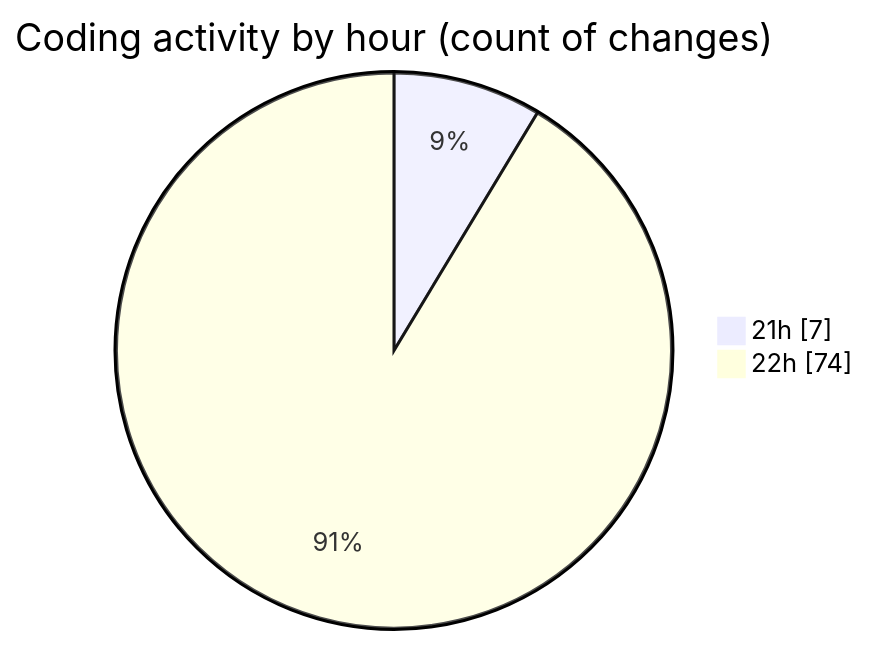
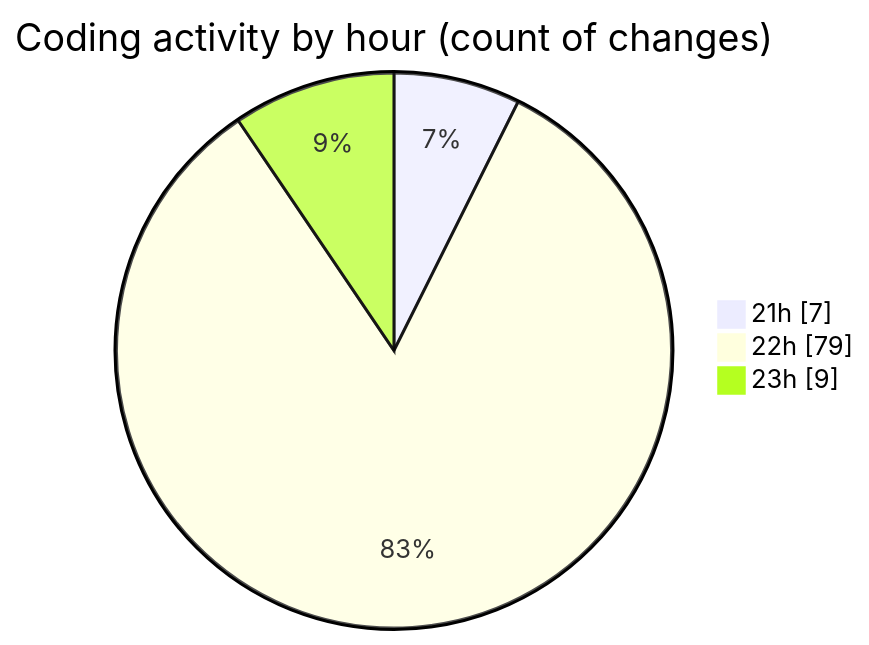
Before and after one commit to EIIisD/code-tracking: the second of 2 diagrams in 2025-08-26/mcp-web/README.md, drawn with Mermaid. The commit also changed other lines of this file and 1 other file, not shown here.

````diff
--- a/2025-08-26/mcp-web/README.md
+++ b/2025-08-26/mcp-web/README.md
@@ -36,6 +36,7 @@
 ```mermaid
 pie showData
 title Coding activity by hour (count of changes)
 "21h" : 7
-"22h" : 74
+"22h" : 79
+"23h" : 9
 ```
````
